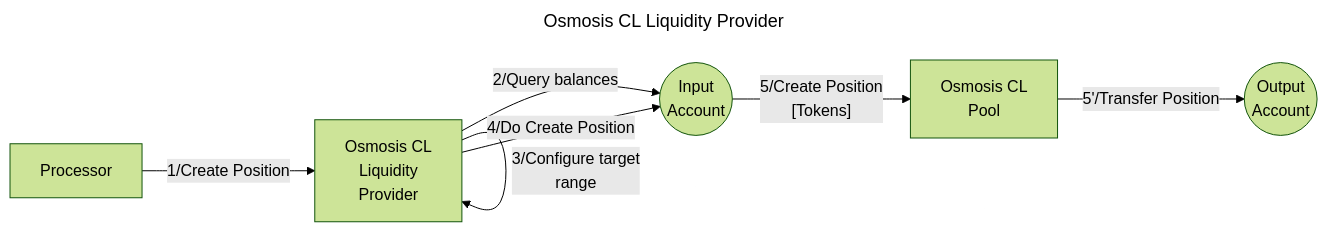
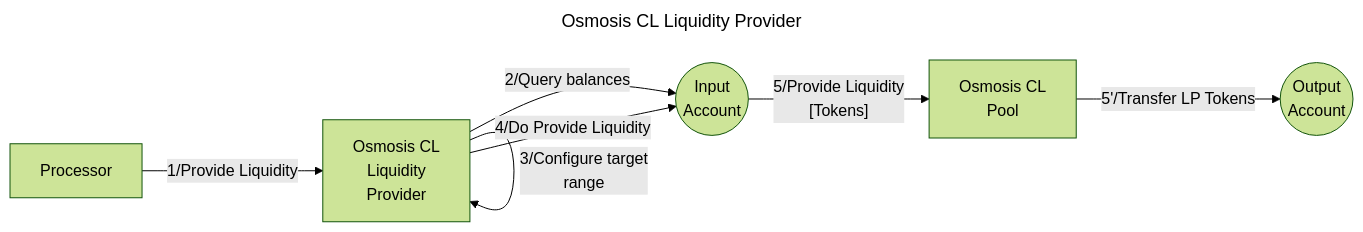
Before and after one commit to timewave-computer/valence-protocol: the diagram in docs/src/libraries/osmosis-cl-lper.md, drawn with Mermaid (forest theme). The commit also changed other lines of this file and 3 other files, not shown here.

````diff
--- a/docs/src/libraries/osmosis-cl-lper.md
+++ b/docs/src/libraries/osmosis-cl-lper.md
@@ -8,25 +8,25 @@
 ```mermaid
 ---
 title: Osmosis CL Liquidity Provider
 ---
 graph LR
   IA((Input
       Account))
   OA((Output
 		  Account))
   P[Processor]
   S[Osmosis CL
       Liquidity
       Provider]
   AP[Osmosis CL
      Pool]
-  P -- 1/Create Position --> S
+  P -- 1/Provide Liquidity --> S
   S -- 2/Query balances --> IA
   S -- 3/Configure target
     range --> S
-  S -- 4/Do Create Position --> IA
-  IA -- 5/Create Position
+  S -- 4/Do Provide Liquidity --> IA
+  IA -- 5/Provide Liquidity
 				  [Tokens] --> AP
-  AP -- 5'/Transfer Position --> OA
+  AP -- 5'/Transfer LP Tokens --> OA
 
 ```
````
